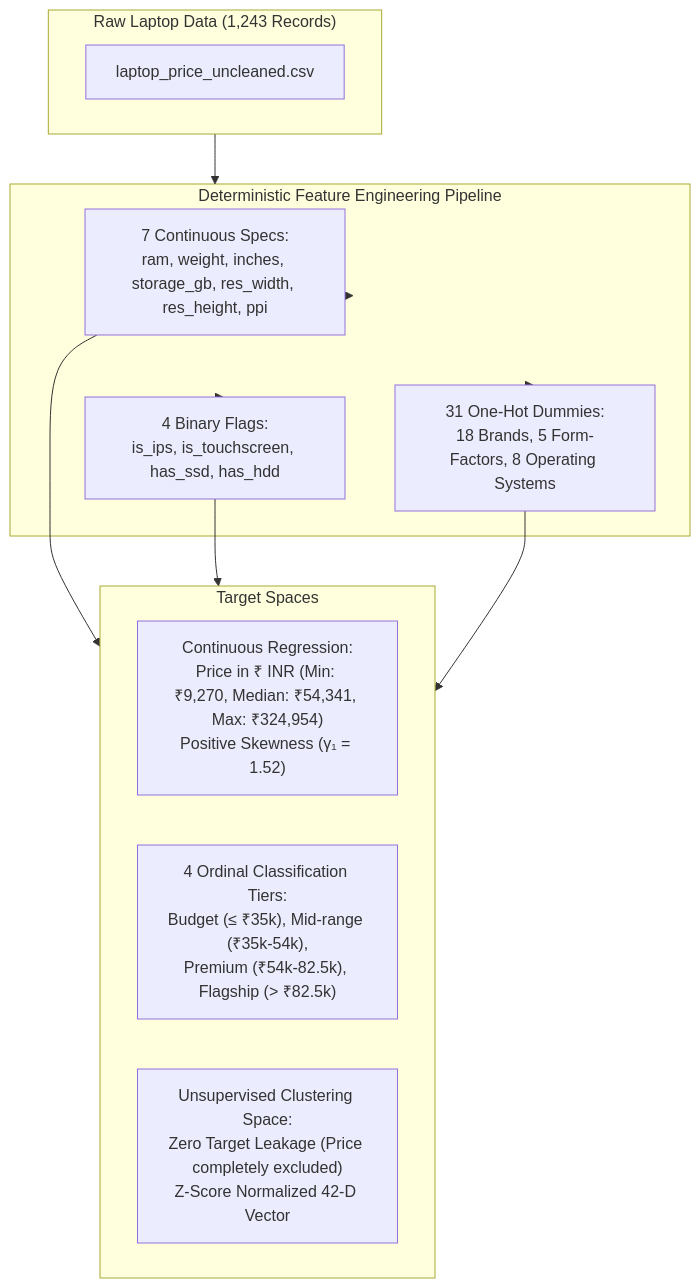
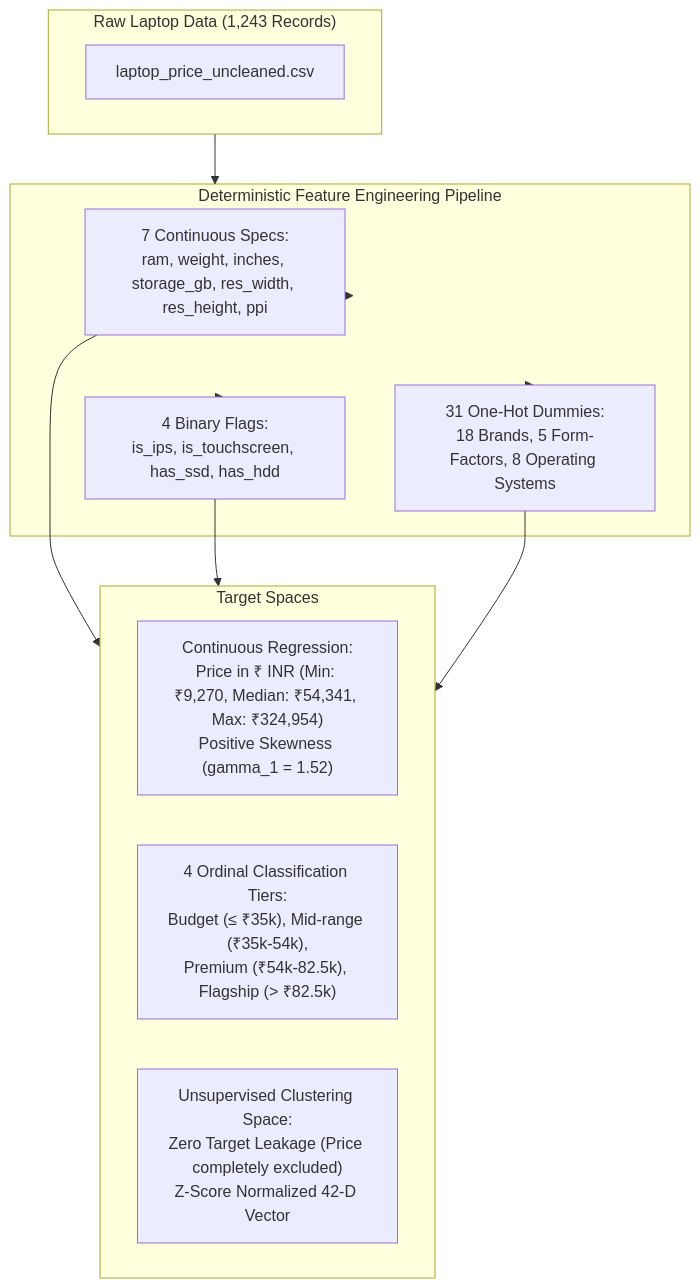
Before and after one commit to BIJJUDAMA/Lapytics: the first of 2 diagrams in docs/algorithm_analysis.md, drawn with Mermaid. The commit also changed other lines of this file and 5 other files, not shown here.

````diff
--- a/docs/algorithm_analysis.md
+++ b/docs/algorithm_analysis.md
@@ -21,23 +21,23 @@
 ```mermaid
 graph TD
     subgraph RawData["Raw Laptop Data (1,243 Records)"]
         Raw["laptop_price_uncleaned.csv"]
     end
     subgraph Preprocessing["Deterministic Feature Engineering Pipeline"]
         Num["7 Continuous Specs:<br/>ram, weight, inches, storage_gb, res_width, res_height, ppi"]
         Bin["4 Binary Flags:<br/>is_ips, is_touchscreen, has_ssd, has_hdd"]
         Cat["31 One-Hot Dummies:<br/>18 Brands, 5 Form-Factors, 8 Operating Systems"]
     end
     subgraph Targets["Target Spaces"]
-        T_Reg["Continuous Regression:<br/>Price in ₹ INR (Min: ₹9,270, Median: ₹54,341, Max: ₹324,954)<br/>Positive Skewness (γ₁ = 1.52)"]
+        T_Reg["Continuous Regression:<br/>Price in ₹ INR (Min: ₹9,270, Median: ₹54,341, Max: ₹324,954)<br/>Positive Skewness (gamma_1 = 1.52)"]
         T_Clf["4 Ordinal Classification Tiers:<br/>Budget (≤ ₹35k), Mid-range (₹35k-54k),<br/>Premium (₹54k-82.5k), Flagship (> ₹82.5k)"]
         T_Clu["Unsupervised Clustering Space:<br/>Zero Target Leakage (Price completely excluded)<br/>Z-Score Normalized 42-D Vector"]
     end
     RawData --> Preprocessing
     Preprocessing --> Num
     Preprocessing --> Bin
     Preprocessing --> Cat
     Num --> Targets
     Bin --> Targets
     Cat --> Targets
 ```
````
